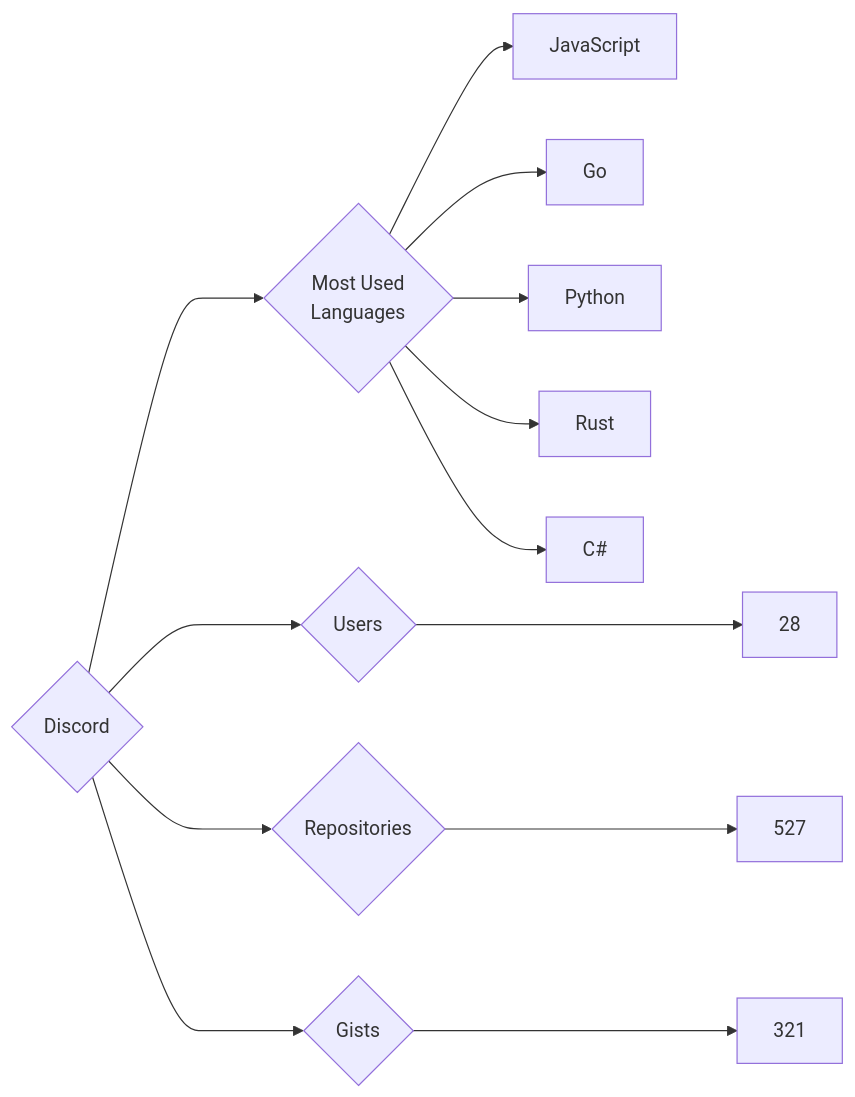
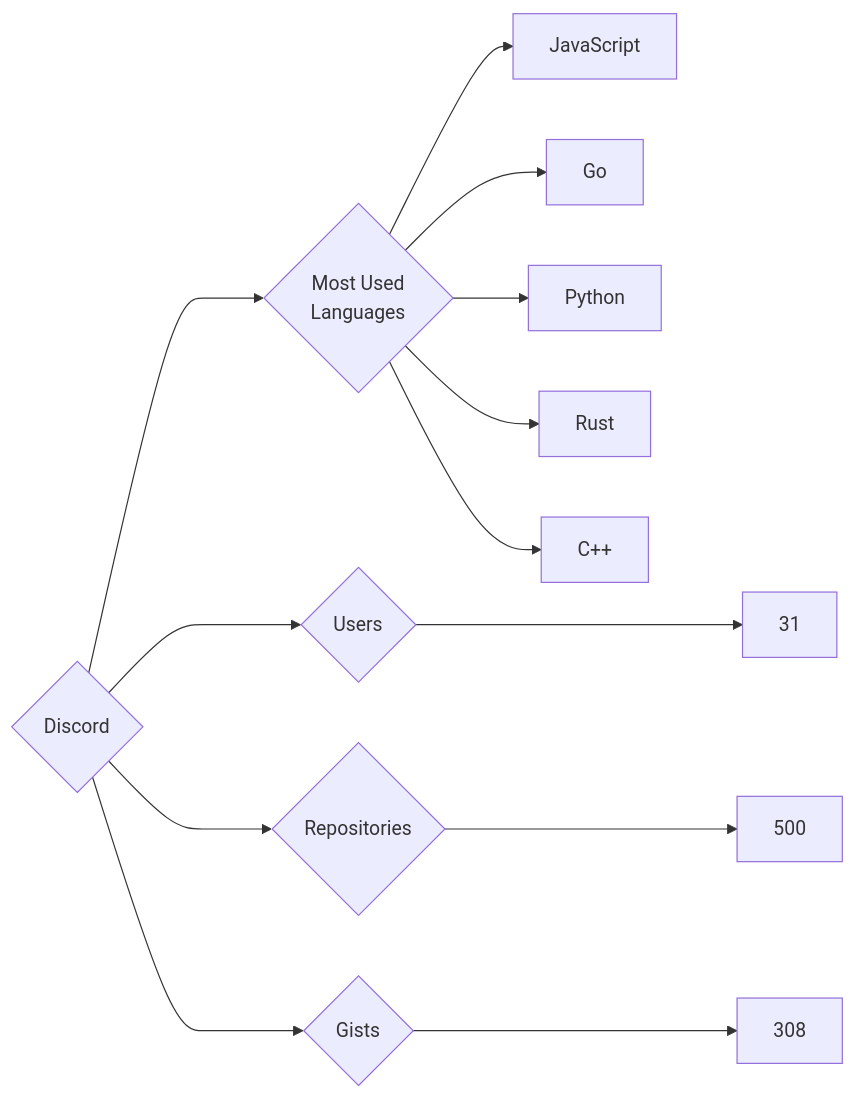
One commit to trickest/insiders changed the diagram in targets/Discord/README.md. Above: the diagram before and after it, drawn with Mermaid. The commit also changed 888 other files, not shown here.

````diff
--- a/targets/Discord/README.md
+++ b/targets/Discord/README.md
@@ -3,13 +3,13 @@
 ```mermaid
 graph LR
 COMPANY_NAME{Discord}
-COMPANY_NAME ---> U{Users} ---> UN[28]
-COMPANY_NAME ---> R{Repositories} ---> RN[527]
-COMPANY_NAME ---> G{Gists} ---> GN[321]
+COMPANY_NAME ---> U{Users} ---> UN[31]
+COMPANY_NAME ---> R{Repositories} ---> RN[500]
+COMPANY_NAME ---> G{Gists} ---> GN[308]
 COMPANY_NAME ---> ML{Most Used<br>Languages}
 ML --> JavaScript[JavaScript]
 ML --> Go[Go]
 ML --> Python[Python]
 ML --> Rust[Rust]
-ML --> C#[C#]
+ML --> C++[C++]
 ```
````
